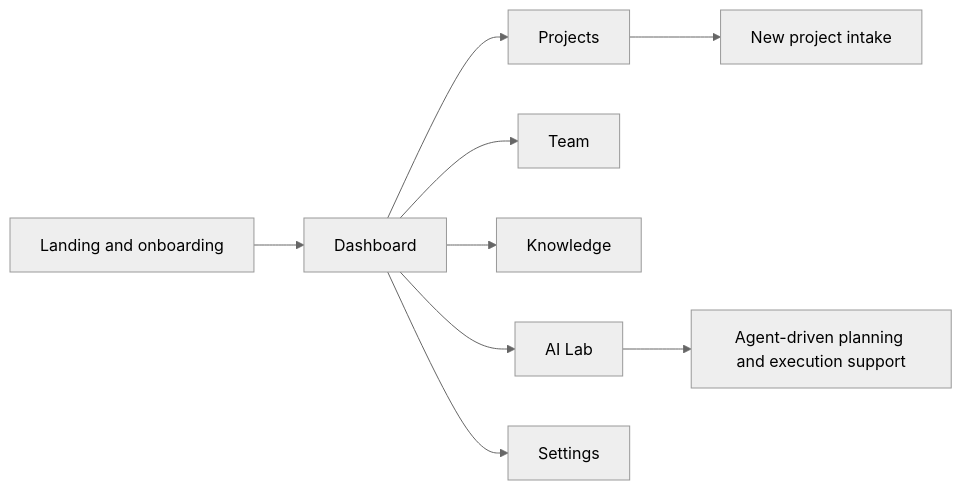
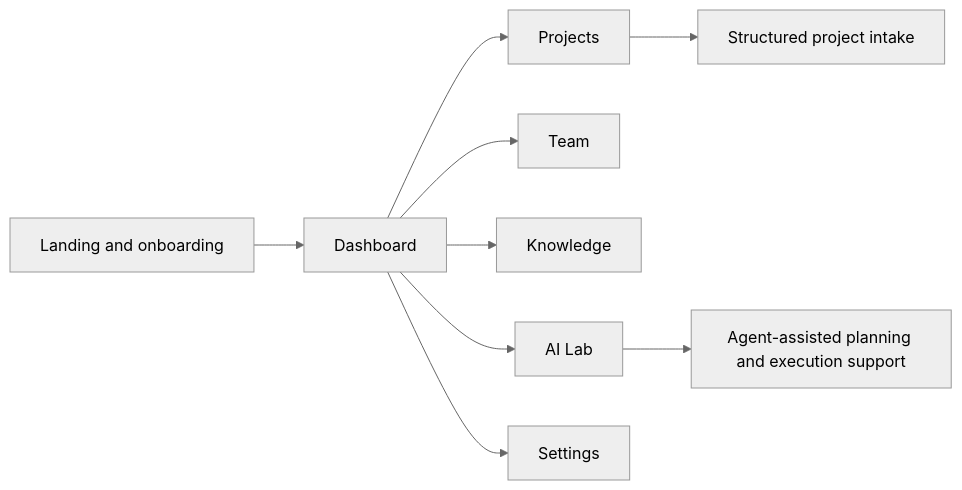
One commit to KareemQabil/nerdprm-showcase changed the diagram in README.md. Above: the diagram before and after it, drawn with Mermaid (neutral theme). The commit also changed other lines of this file, not shown here.

````diff
--- a/README.md
+++ b/README.md
@@ -62,11 +31,11 @@
 ```mermaid
 flowchart LR
     A[Landing and onboarding] --> B[Dashboard]
     B --> C[Projects]
     B --> D[Team]
     B --> E[Knowledge]
     B --> F[AI Lab]
     B --> G[Settings]
-    C --> H[New project intake]
-    F --> I[Agent-driven planning and execution support]
+    C --> H[Structured project intake]
+    F --> I[Agent-assisted planning and execution support]
 ```
````
